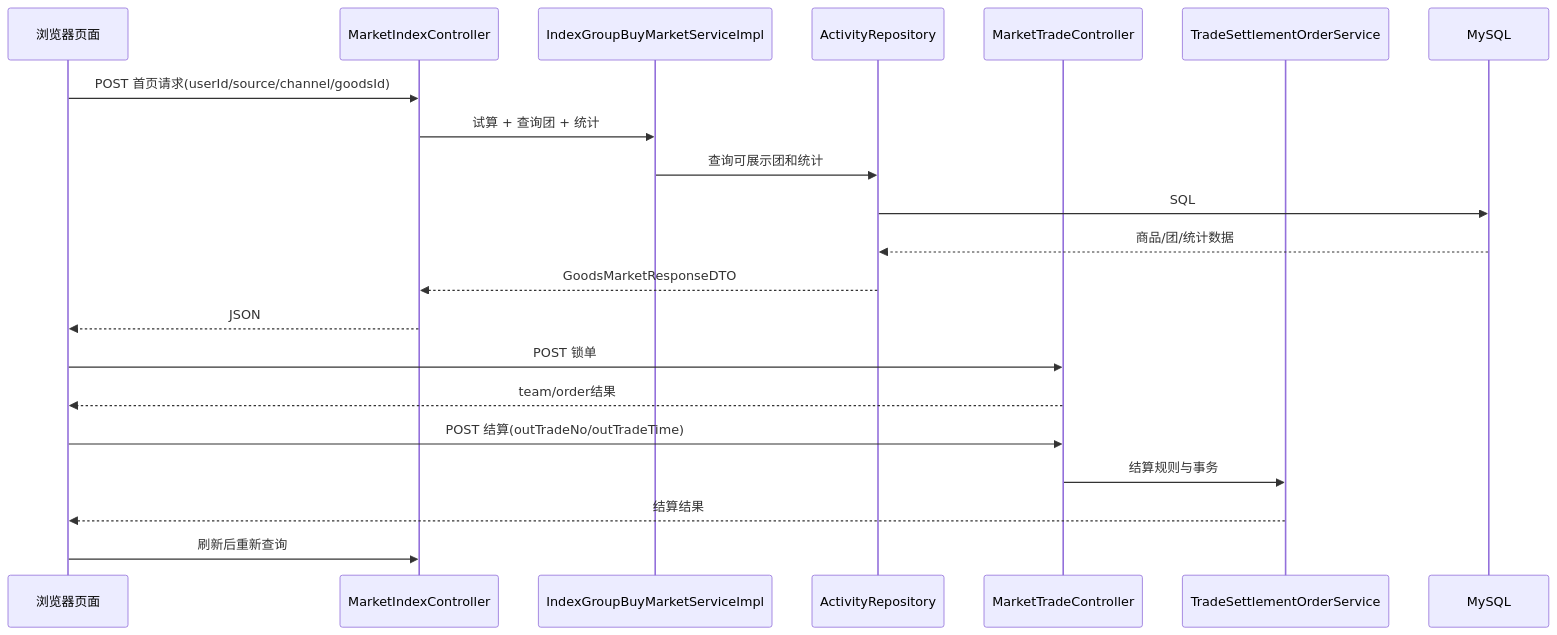
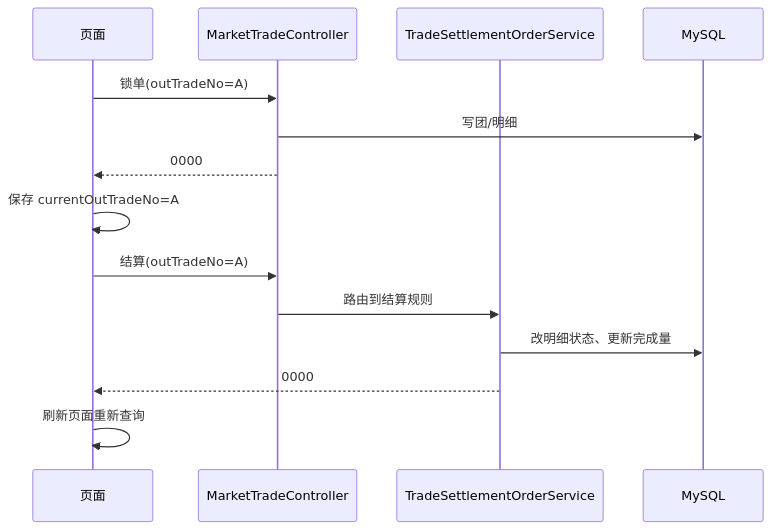
One commit to kdsirius/group-buy-market changed the second of 2 diagrams in docs/study/20-3-2-DeepSeek处理UI与接口对接.md. Above: the diagram before and after it, drawn with Mermaid. The commit also changed other lines of this file and 5 other files, not shown here.

````diff
--- a/docs/study/20-3-2-DeepSeek处理UI与接口对接.md
+++ b/docs/study/20-3-2-DeepSeek处理UI与接口对接.md
@@ -21,24 +139,16 @@
 ```mermaid
 sequenceDiagram
-    participant B as 浏览器页面
-    participant I as MarketIndexController
-    participant A as IndexGroupBuyMarketServiceImpl
-    participant R as ActivityRepository
-    participant T as MarketTradeController
-    participant D as TradeSettlementOrderService
-    participant DB as MySQL
-
-    B->>I: POST 首页请求(userId/source/channel/goodsId)
-    I->>A: 试算 + 查询团 + 统计
-    A->>R: 查询可展示团和统计
-    R->>DB: SQL
-    DB-->>R: 商品/团/统计数据
-    R-->>I: GoodsMarketResponseDTO
-    I-->>B: JSON
-    B->>T: POST 锁单
-    T-->>B: team/order结果
-    B->>T: POST 结算(outTradeNo/outTradeTime)
-    T->>D: 结算规则与事务
-    D-->>B: 结算结果
-    B->>I: 刷新后重新查询
+    participant P as 页面
+    participant L as MarketTradeController
+    participant S as TradeSettlementOrderService
+    participant D as MySQL
+    P->>L: 锁单(outTradeNo=A)
+    L->>D: 写团/明细
+    L-->>P: 0000
+    P->>P: 保存 currentOutTradeNo=A
+    P->>L: 结算(outTradeNo=A)
+    L->>S: 路由到结算规则
+    S->>D: 改明细状态、更新完成量
+    S-->>P: 0000
+    P->>P: 刷新页面重新查询
 ```
````
